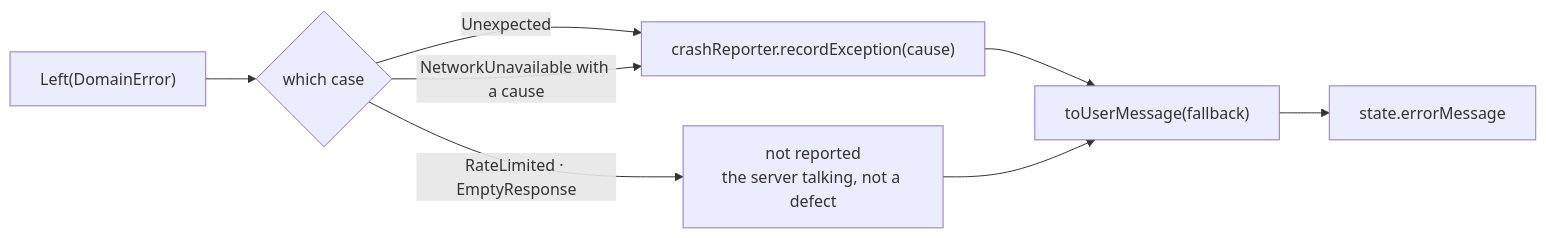
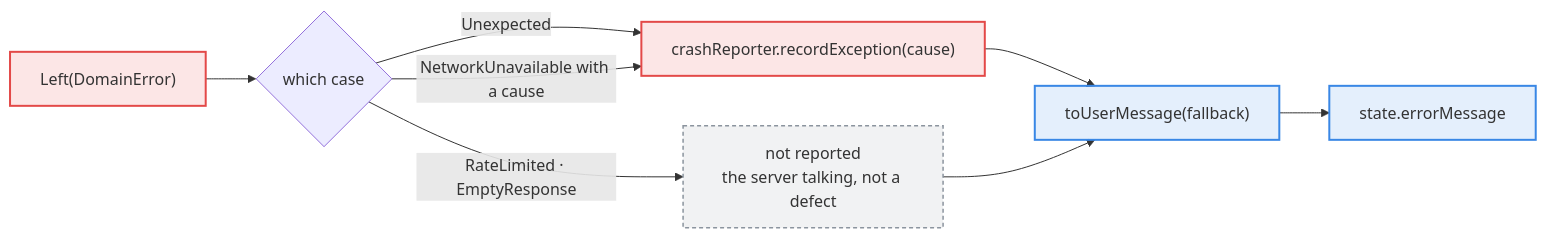
One commit to chrisjc29/PokeDexMulti changed the sixth of 7 diagrams in docs/architecture.md. Above: the diagram before and after it, drawn with Mermaid. The commit also changed other lines of this file and 1 other file, not shown here.

First line of the commit message:
Colour-code the architecture diagrams

````diff
--- a/docs/architecture.md
+++ b/docs/architecture.md
@@ -142,10 +190,17 @@
 ```mermaid
 flowchart LR
     LEFT["Left(DomainError)"] --> WHICH{"which case"}
     WHICH -->|"Unexpected"| REC["crashReporter.recordException(cause)"]
     WHICH -->|"NetworkUnavailable with a cause"| REC
     WHICH -->|"RateLimited · EmptyResponse"| SKIP["not reported<br/>the server talking, not a defect"]
     REC --> MSG["toUserMessage(fallback)"]
     SKIP --> MSG
     MSG --> STATE["state.errorMessage"]
+
+    classDef fail fill:#e3494822,stroke:#e34948,stroke-width:2px
+    classDef quiet fill:#8b949e1f,stroke:#8b949e,stroke-width:1.5px,stroke-dasharray:4 3
+    classDef pres fill:#3987e522,stroke:#3987e5,stroke-width:2px
+    class LEFT,REC fail
+    class SKIP quiet
+    class MSG,STATE pres
 ```
````
